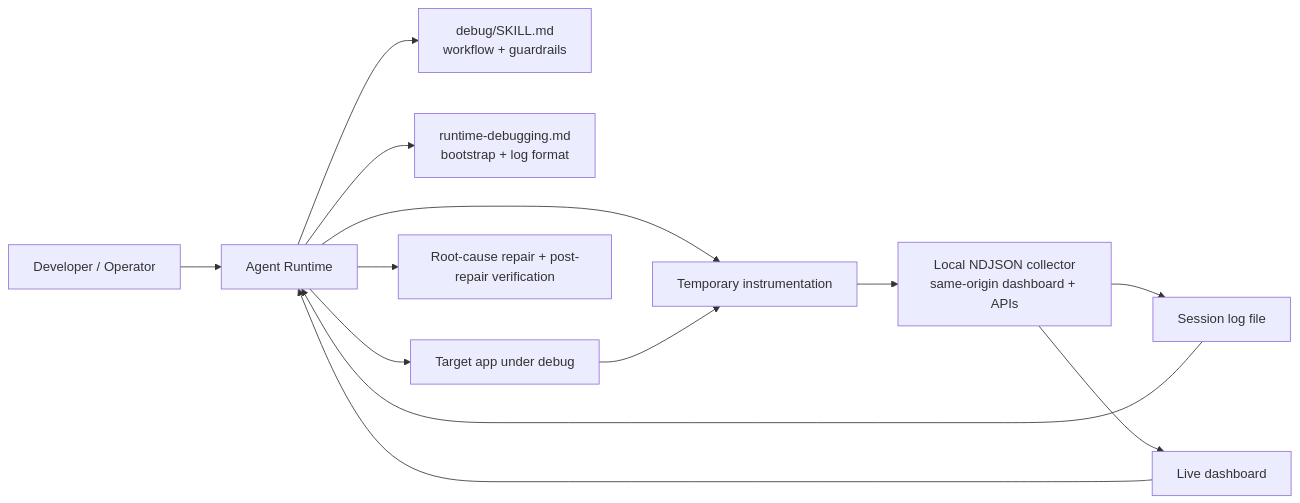
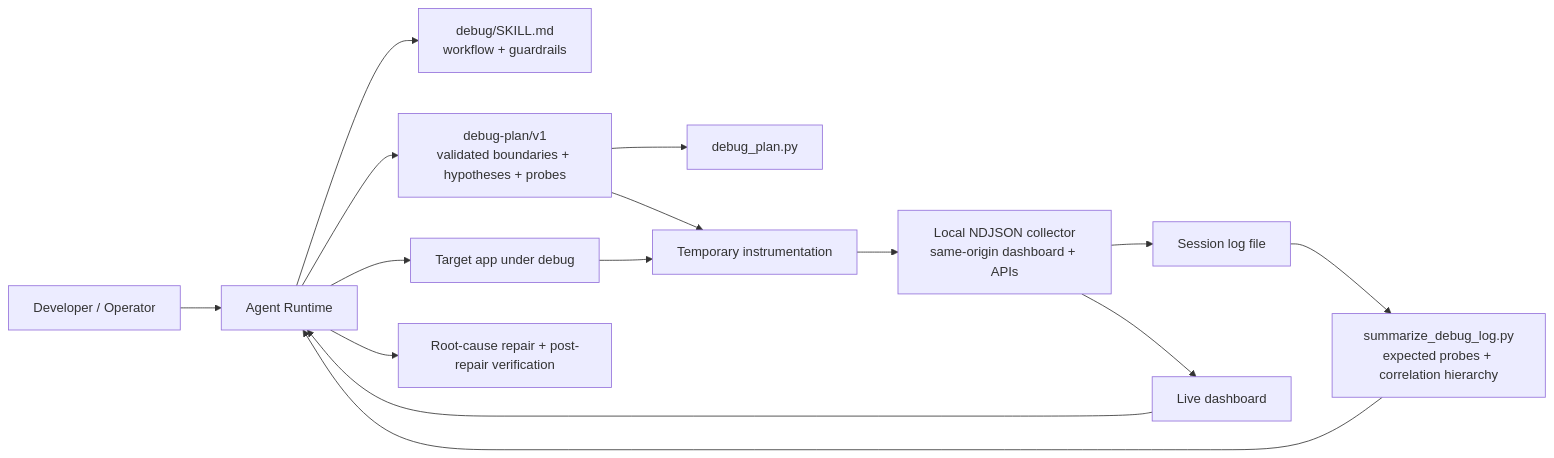
One commit to JUNERDD/skills changed the diagram in README.md. Above: the diagram before and after it, drawn with Mermaid. The commit also changed other lines of this file and 16 other files, not shown here.

First line of the commit message:
feat(debug): reframe around coverage-first validated plans

````diff
--- a/README.md
+++ b/README.md
@@ -404,15 +407,17 @@
 ```mermaid
 flowchart LR
   User["Developer / Operator"] --> Agent["Agent Runtime"]
   Agent --> Skill["debug/SKILL.md<br/>workflow + guardrails"]
-  Agent --> Ref["runtime-debugging.md<br/>bootstrap + log format"]
+  Agent --> Plan["debug-plan/v1<br/>validated boundaries + hypotheses + probes"]
+  Plan --> Validator["debug_plan.py"]
+  Plan --> Logs["Temporary instrumentation"]
   Agent --> App["Target app under debug"]
-  Agent --> Logs["Temporary instrumentation"]
   Logs --> Collector["Local NDJSON collector<br/>same-origin dashboard + APIs"]
   App --> Logs
   Collector --> File["Session log file"]
   Collector --> UI["Live dashboard"]
-  File --> Agent
+  File --> Summary["summarize_debug_log.py<br/>expected probes + correlation hierarchy"]
+  Summary --> Agent
   UI --> Agent
   Agent --> Repair["Root-cause repair + post-repair verification"]
 ```
````
